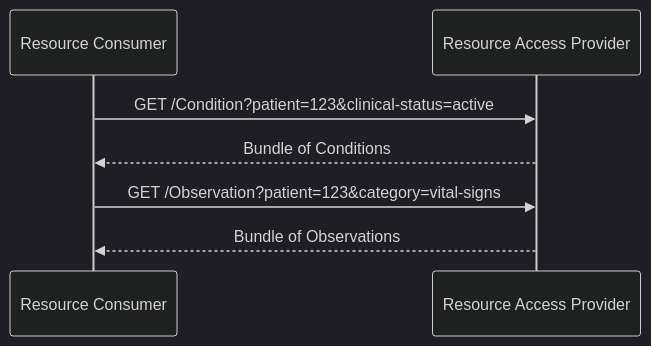
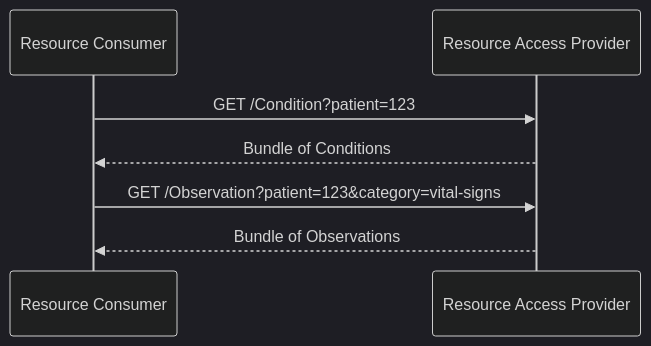
The diagram in input/pagecontent/resource-access.md (euridice-org/eu-health-data-api), drawn with Mermaid (dark theme) before and after one commit. The commit also changed other lines of this file and 9 other files, not shown here.

````diff
--- a/input/pagecontent/resource-access.md
+++ b/input/pagecontent/resource-access.md
@@ -37,11 +32,11 @@
 ```mermaid
 sequenceDiagram
     participant Consumer as Resource Consumer
     participant Provider as Resource Access Provider
 
-    Consumer->>Provider: GET /Condition?patient=123&clinical-status=active
+    Consumer->>Provider: GET /Condition?patient=123
     Provider-->>Consumer: Bundle of Conditions
 
     Consumer->>Provider: GET /Observation?patient=123&category=vital-signs
     Provider-->>Consumer: Bundle of Observations
 ```
````
